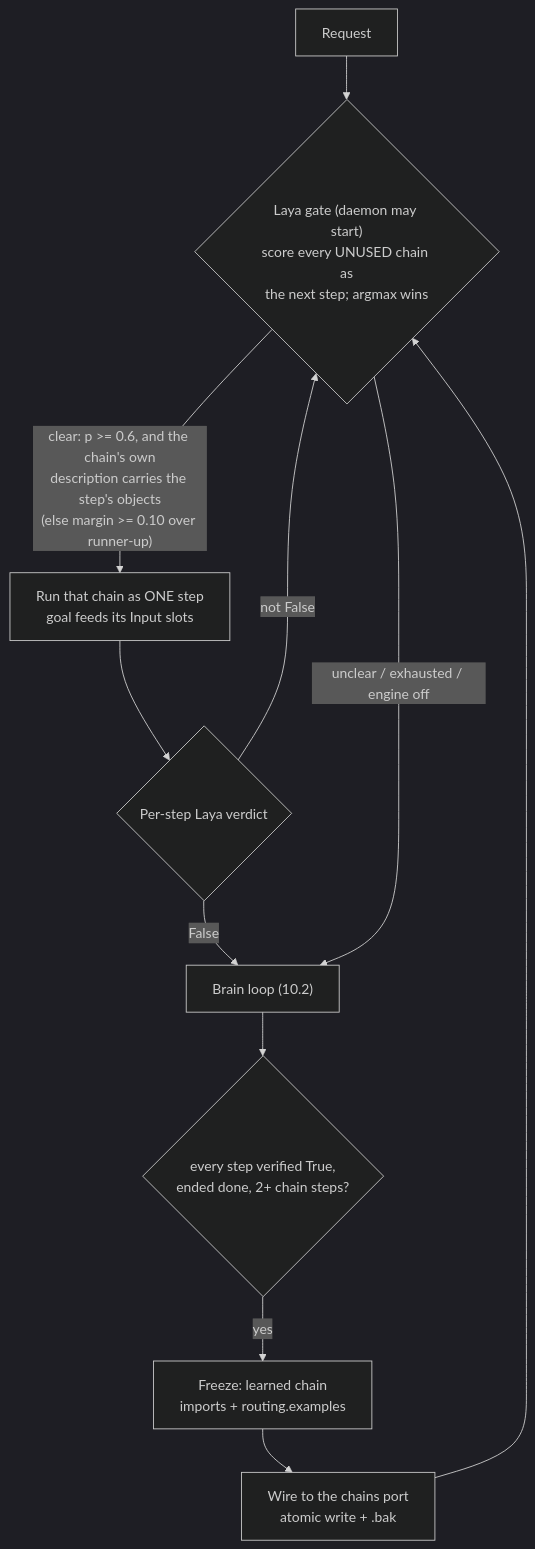
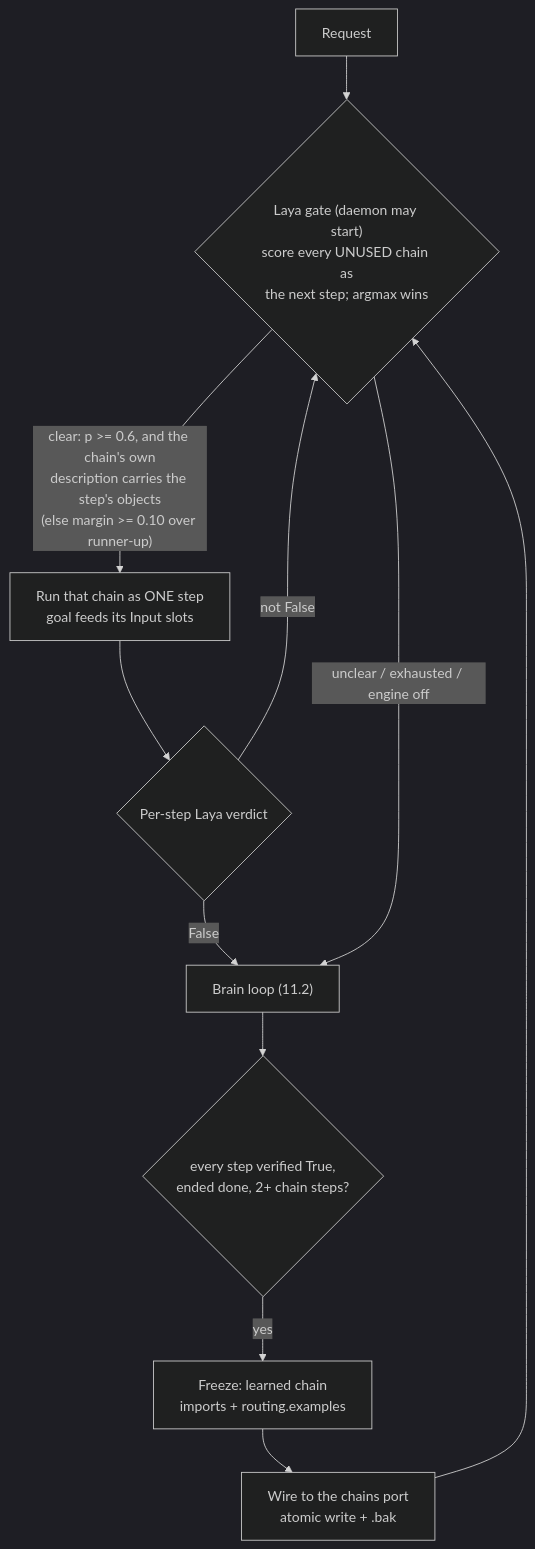
One commit to RodrigoBenitez343/Arrow changed diagram 13 of 21 in LoOper/README.MD. Above: the diagram before and after it, drawn with Mermaid (dark theme). The commit also changed other lines of this file and 1 other file, not shown here.

````diff
--- a/LoOper/README.MD
+++ b/LoOper/README.MD
@@ -500,13 +644,13 @@
 ```mermaid
 flowchart TB
     Q["Request"] --> Gate{"Laya gate (daemon may start)<br/>score every UNUSED chain as<br/>the next step; argmax wins"}
     Gate -- "clear: p >= 0.6, and the chain's own<br/>description carries the step's objects<br/>(else margin >= 0.10 over runner-up)" --> Frozen["Run that chain as ONE step<br/>goal feeds its Input slots"]
     Frozen --> V{"Per-step Laya verdict"}
     V -- "not False" --> Gate
     V -- False --> Loop
-    Gate -- "unclear / exhausted / engine off" --> Loop["Brain loop (10.2)"]
+    Gate -- "unclear / exhausted / engine off" --> Loop["Brain loop (11.2)"]
     Loop --> Done{"every step verified True,<br/>ended done, 2+ chain steps?"}
     Done -- yes --> Freeze["Freeze: learned chain<br/>imports + routing.examples"]
     Freeze --> Wire["Wire to the chains port<br/>atomic write + .bak"]
     Wire --> Gate
 ```
````
